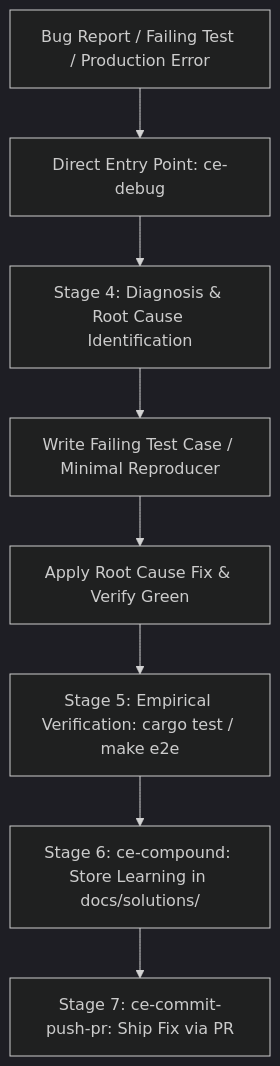
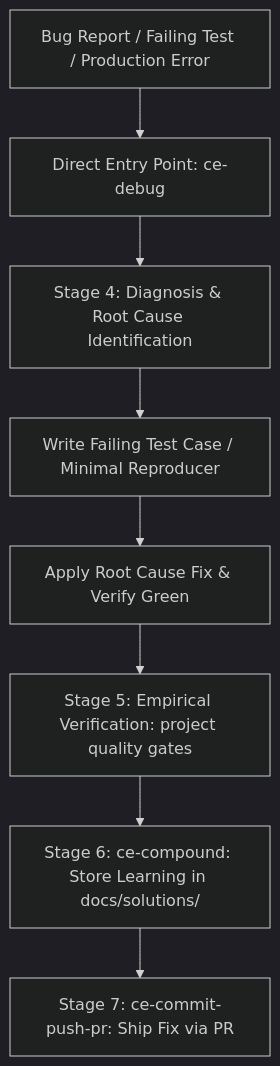
Before and after one commit to mastepanoski/ce-ai: the fifth of 7 diagrams in docs/user-guide/fsm-and-checkpoints-explained.md, drawn with Mermaid (dark theme). The commit also changed other lines of this file and 8 other files, not shown here.

First line of the commit message:
docs: make Stage 5 language-agnostic and correct harness-count claims

````diff
--- a/docs/user-guide/fsm-and-checkpoints-explained.md
+++ b/docs/user-guide/fsm-and-checkpoints-explained.md
@@ -135,10 +135,10 @@
 ```mermaid
 flowchart TD
     START[Bug Report / Failing Test / Production Error] --> ENTRY[Direct Entry Point: ce-debug]
     ENTRY --> DIAGNOSE[Stage 4: Diagnosis & Root Cause Identification]
     DIAGNOSE --> REPRODUCE[Write Failing Test Case / Minimal Reproducer]
     REPRODUCE --> FIX[Apply Root Cause Fix & Verify Green]
-    FIX --> VERIFY[Stage 5: Empirical Verification: cargo test / make e2e]
+    FIX --> VERIFY[Stage 5: Empirical Verification: project quality gates]
     VERIFY --> COMPOUND[Stage 6: ce-compound: Store Learning in docs/solutions/]
     COMPOUND --> SHIP[Stage 7: ce-commit-push-pr: Ship Fix via PR]
 ```
````
